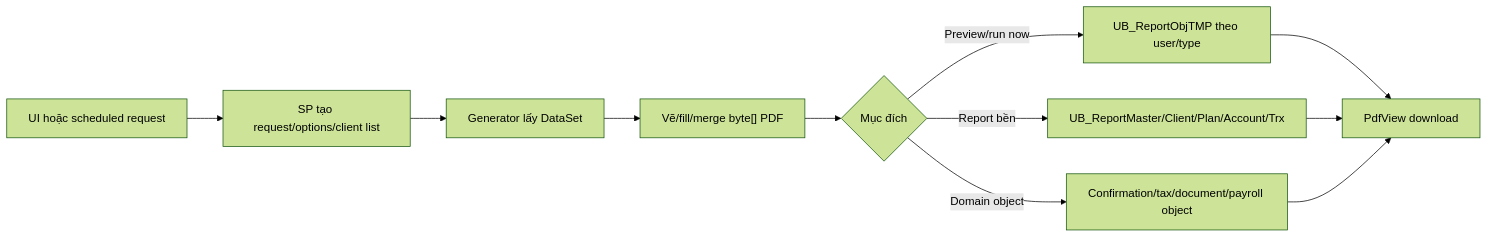
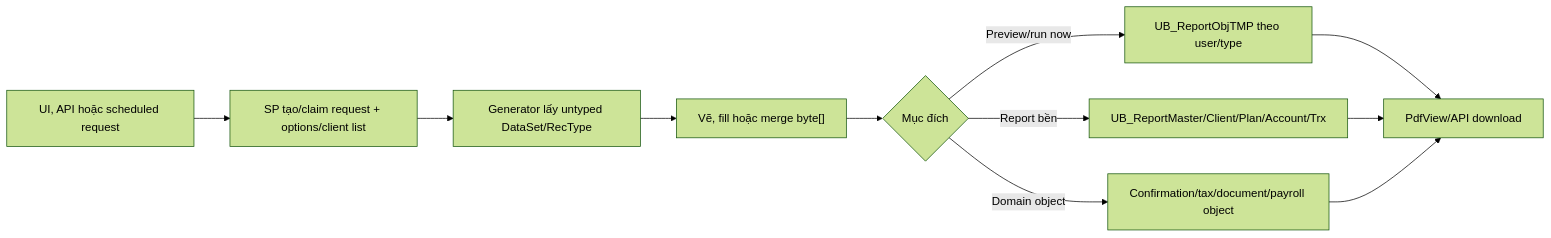
The diagram in Docs_V2/topics/pdf-reports/report-catalog.md (novemberrain2430/VieFUND_GitBookTest), drawn with Mermaid (forest theme) before and after one commit. The commit also changed other lines of this file and 41 other files, not shown here.

````diff
--- a/Docs_V2/topics/pdf-reports/report-catalog.md
+++ b/Docs_V2/topics/pdf-reports/report-catalog.md
@@ -116,13 +152,13 @@
 ```mermaid
 flowchart LR
-    A["UI hoặc scheduled request"] --> B["SP tạo request/options/client list"]
-    B --> C["Generator lấy DataSet"]
-    C --> D["Vẽ/fill/merge byte[] PDF"]
+    A["UI, API hoặc scheduled request"] --> B["SP tạo/claim request + options/client list"]
+    B --> C["Generator lấy untyped DataSet/RecType"]
+    C --> D["Vẽ, fill hoặc merge byte[]"]
     D --> E{"Mục đích"}
     E -->|"Preview/run now"| F["UB_ReportObjTMP theo user/type"]
     E -->|"Report bền"| G["UB_ReportMaster/Client/Plan/Account/Trx"]
     E -->|"Domain object"| H["Confirmation/tax/document/payroll object"]
-    F --> I["PdfView download"]
+    F --> I["PdfView/API download"]
     G --> I
     H --> I
 ```
````
